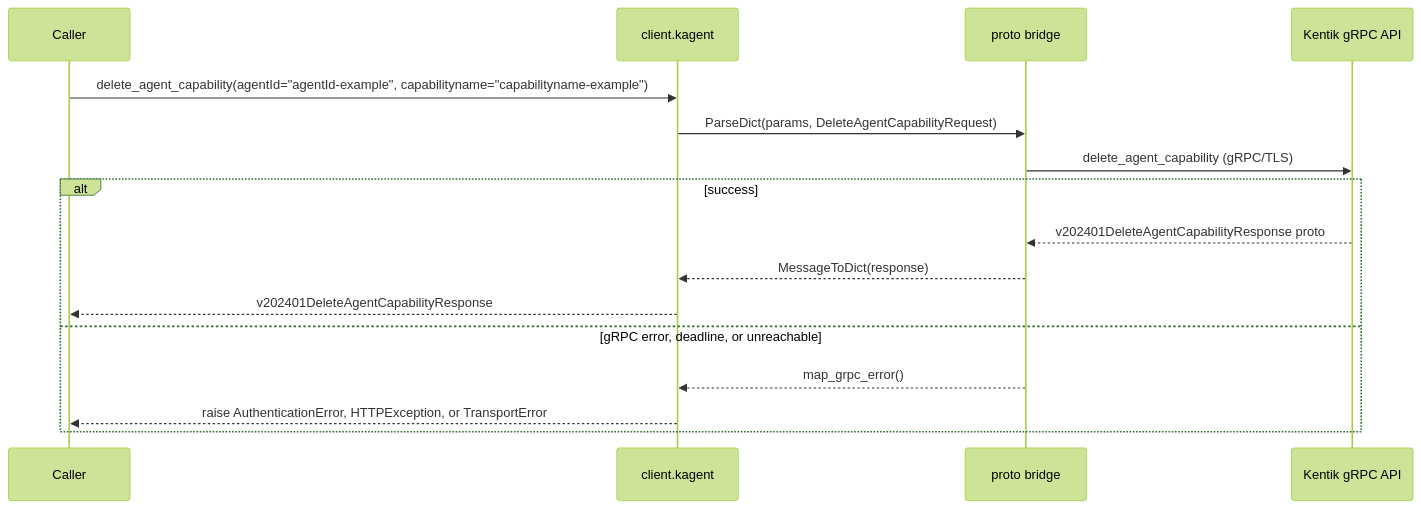
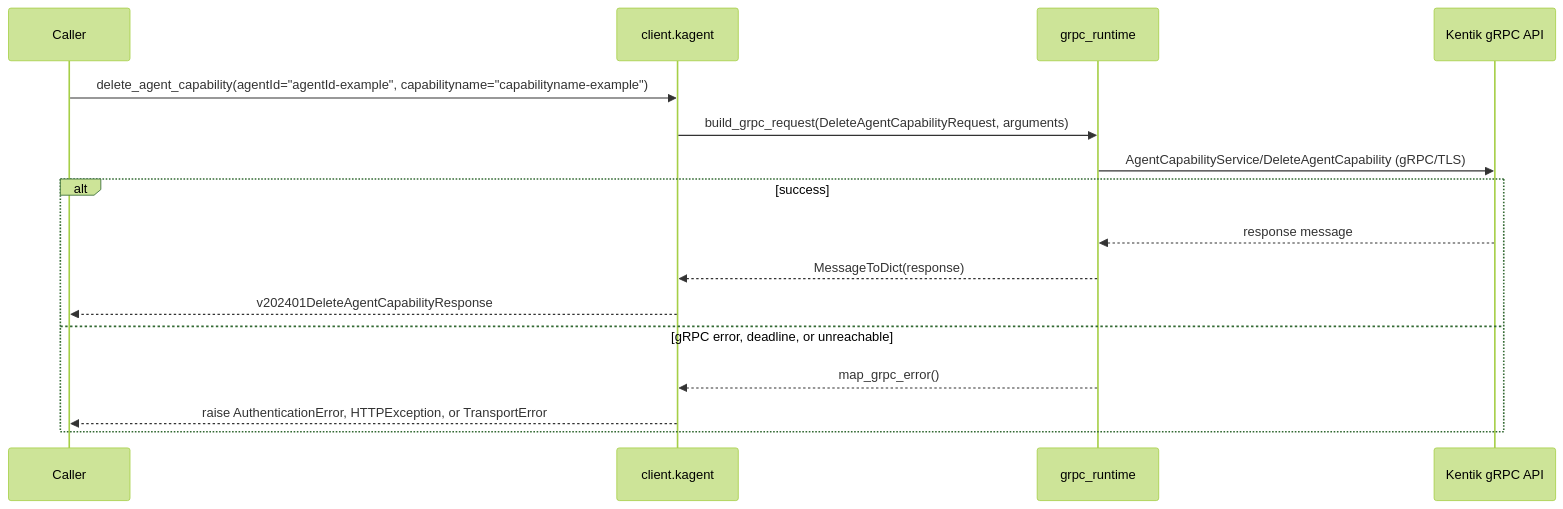
Diagram 23 of 58 in docs/sphinx/services/kagent.md (alexdearaujo/community_sdk_python), drawn with Mermaid (forest theme) before and after one commit. The commit also changed other lines of this file and 37 other files, not shown here.

First line of the commit message:
docs: show the real RPC in each service page's gRPC diagram

````diff
--- a/docs/sphinx/services/kagent.md
+++ b/docs/sphinx/services/kagent.md
@@ -834,19 +834,19 @@
 ```mermaid
 sequenceDiagram
     participant C as Caller
     participant W as client.kagent
-    participant B as proto bridge
+    participant R as grpc_runtime
     participant API as Kentik gRPC API
 
     C->>W: delete_agent_capability(agentId="agentId-example", capabilityname="capabilityname-example")
-    W->>B: ParseDict(params, DeleteAgentCapabilityRequest)
-    B->>API: delete_agent_capability (gRPC/TLS)
+    W->>R: build_grpc_request(DeleteAgentCapabilityRequest, arguments)
+    R->>API: AgentCapabilityService/DeleteAgentCapability (gRPC/TLS)
     alt success
-        API-->>B: v202401DeleteAgentCapabilityResponse proto
-        B-->>W: MessageToDict(response)
+        API-->>R: response message
+        R-->>W: MessageToDict(response)
         W-->>C: v202401DeleteAgentCapabilityResponse
     else gRPC error, deadline, or unreachable
-        B-->>W: map_grpc_error()
+        R-->>W: map_grpc_error()
         W-->>C: raise AuthenticationError, HTTPException, or TransportError
     end
 ```
````
